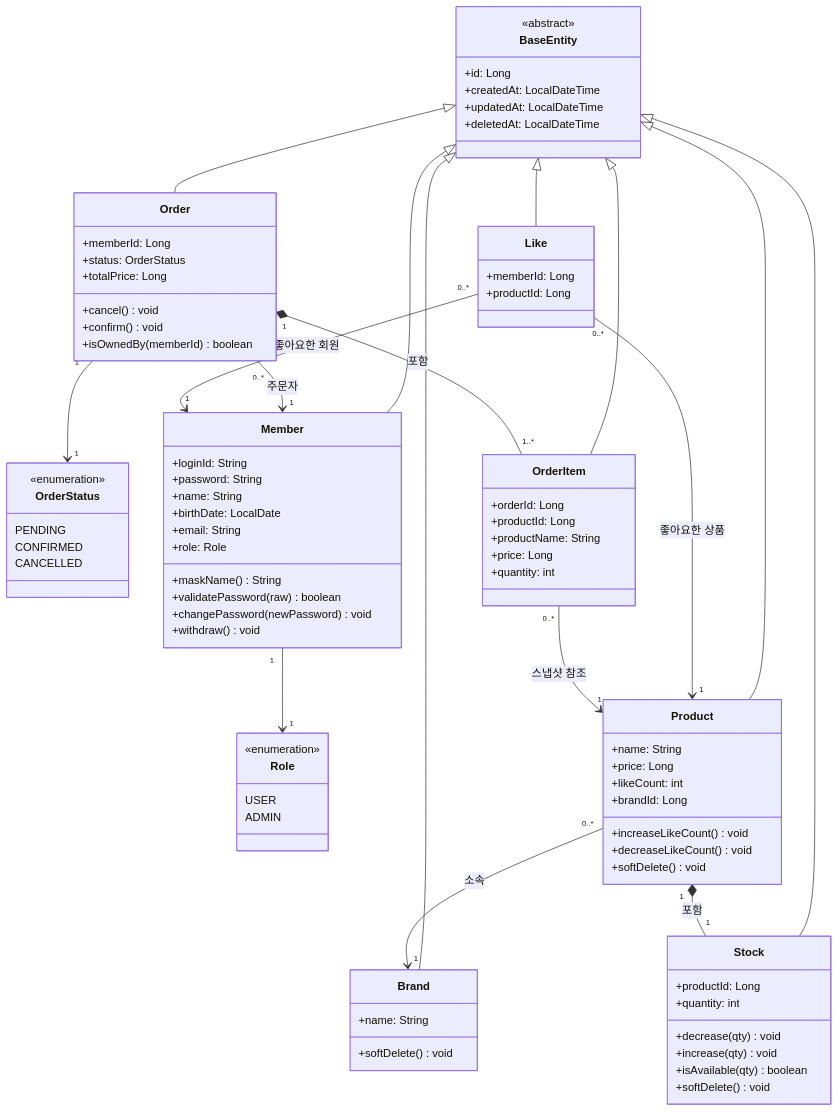
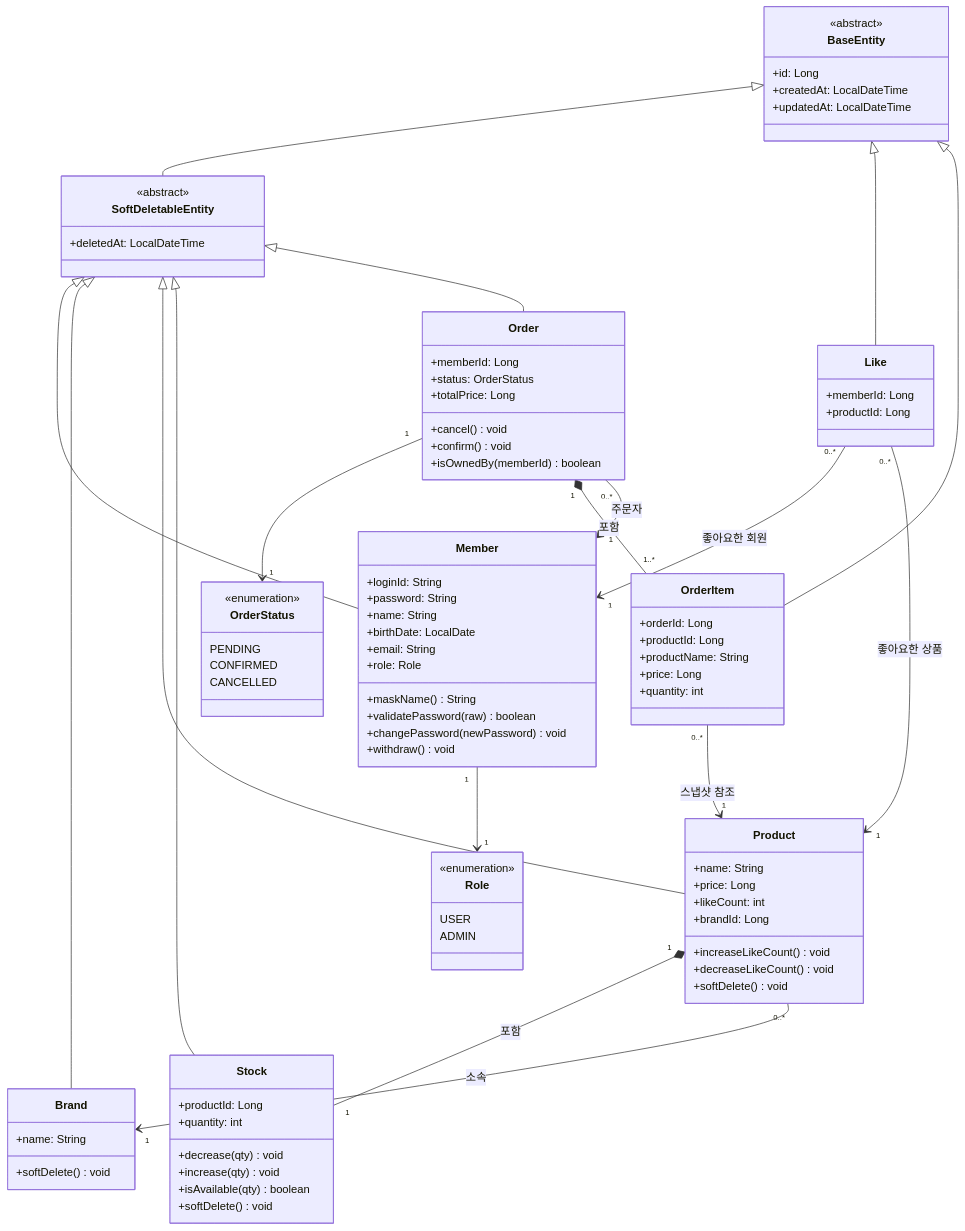
The diagram in .docs/design/03-class-diagram.md (loopers-labs/loop-pack-be-l2-vol4-java), drawn with Mermaid before and after one commit. The commit also changed other lines of this file and 3 other files, not shown here.

```diff
--- a/.docs/design/03-class-diagram.md
+++ b/.docs/design/03-class-diagram.md
@@ -23,6 +23,10 @@
         +id: Long
         +createdAt: LocalDateTime
         +updatedAt: LocalDateTime
+    }
+
+    class SoftDeletableEntity {
+        <<abstract>>
         +deletedAt: LocalDateTime
     }
 
@@ -101,12 +105,13 @@
     }
 
     %% ────────── 상속 ──────────
-    BaseEntity <|-- Member
-    BaseEntity <|-- Brand
-    BaseEntity <|-- Product
-    BaseEntity <|-- Stock
+    BaseEntity <|-- SoftDeletableEntity
+    SoftDeletableEntity <|-- Member
+    SoftDeletableEntity <|-- Brand
+    SoftDeletableEntity <|-- Product
+    SoftDeletableEntity <|-- Stock
+    SoftDeletableEntity <|-- Order
     BaseEntity <|-- Like
-    BaseEntity <|-- Order
     BaseEntity <|-- OrderItem
 
     %% ────────── Enum 사용 ──────────
```
